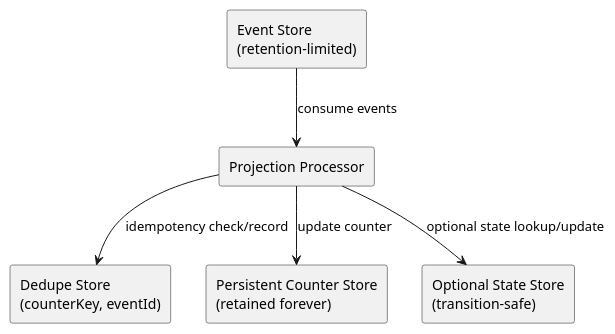
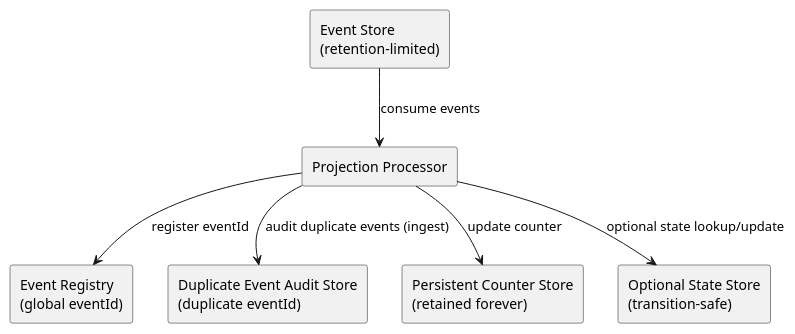
Before and after one commit to obsinity/obsinity: the first of 2 diagrams in design/persistent-dimension-counters.md, drawn with PlantUML. The commit also changed other lines of this file, not shown here.

Commit message:
docs: align counters with global eventId dedupe

````diff
--- a/design/persistent-dimension-counters.md
+++ b/design/persistent-dimension-counters.md
@@ -44,16 +46,18 @@
 ```plantuml
 @startuml
 skinparam componentStyle rectangle
 
 component "Event Store\n(retention-limited)" as ES
 component "Projection Processor" as PP
-component "Dedupe Store\n(counterKey, eventId)" as DS
+component "Event Registry\n(global eventId)" as ER
+component "Duplicate Event Audit Store\n(duplicate eventId)" as DS
 component "Persistent Counter Store\n(retained forever)" as CS
 component "Optional State Store\n(transition-safe)" as SS
 
 ES --> PP : consume events
-PP --> DS : idempotency check/record
+PP --> ER : register eventId
+PP --> DS : audit duplicate events (ingest)
 PP --> CS : update counter
 PP --> SS : optional state lookup/update
 @enduml
 ```
````
